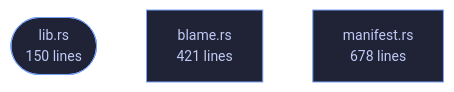
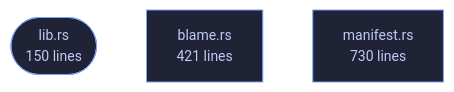
The diagram in crates/veilvoice-guard/README.md (tilas01/veilvoice), drawn with Mermaid before and after one commit. The commit also changed other lines of this file and 44 other files, not shown here.

````diff
--- a/crates/veilvoice-guard/README.md
+++ b/crates/veilvoice-guard/README.md
@@ -103,10 +103,10 @@
 ```mermaid
 %%{init: {"theme":"base","themeVariables":{"background":"#1a1b26","primaryColor":"#1f2335","primaryTextColor":"#c0caf5","primaryBorderColor":"#7aa2f7","secondaryColor":"#16161e","tertiaryColor":"#16161e","lineColor":"#737aa2","textColor":"#c0caf5","mainBkg":"#1f2335","nodeBorder":"#7aa2f7","clusterBkg":"#16161e","clusterBorder":"#2f3549","fontFamily":"ui-monospace, SFMono-Regular, Consolas, monospace","fontSize":"14px"}}}%%
 flowchart TD
     n_lib(["lib.rs<br/>150 lines"])
     n_blame["blame.rs<br/>421 lines"]
-    n_manifest["manifest.rs<br/>678 lines"]
+    n_manifest["manifest.rs<br/>730 lines"]
     click n_lib href "https://github.com/tilas01/veilvoice/blob/main/crates/veilvoice-guard/src/lib.rs" "open the source"
     click n_blame href "https://github.com/tilas01/veilvoice/blob/main/crates/veilvoice-guard/src/blame.rs" "open the source"
     click n_manifest href "https://github.com/tilas01/veilvoice/blob/main/crates/veilvoice-guard/src/manifest.rs" "open the source"
 ```
````
